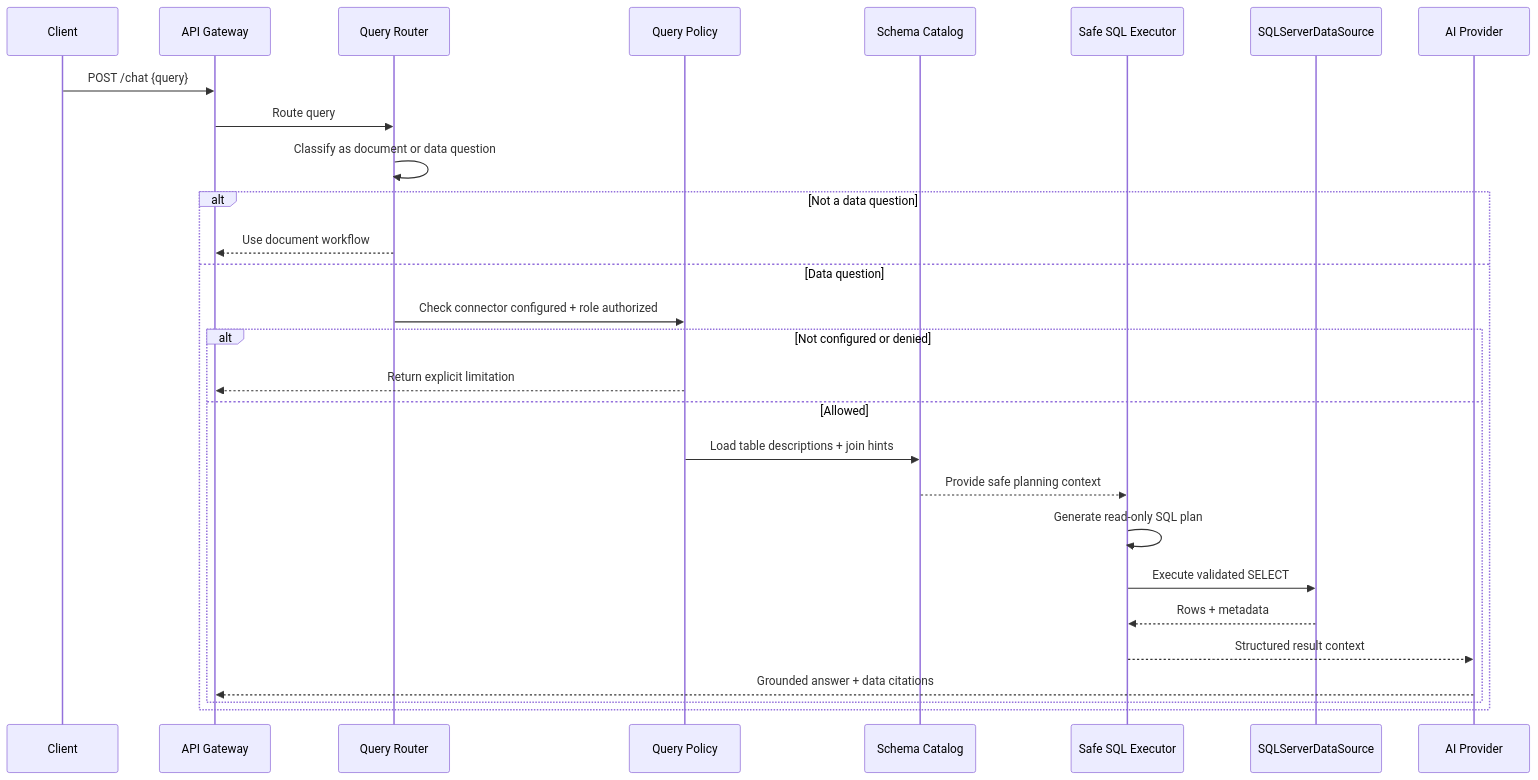
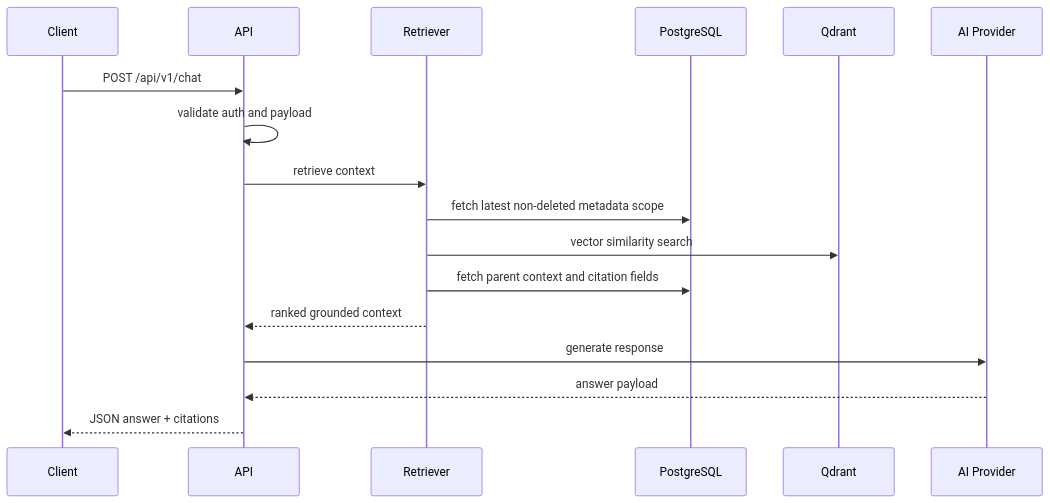
Before and after one commit to qtuanph/chatbot-rag: the second of 3 diagrams in docs/03_CORE_WORKFLOWS.md, drawn with Mermaid. The commit also changed other lines of this file and 43 other files, not shown here.

First line of the commit message:
feat: Implement Qdrant vector store adapter and associated services

````diff
--- a/docs/03_CORE_WORKFLOWS.md
+++ b/docs/03_CORE_WORKFLOWS.md
@@ -125,32 +48,20 @@
 ```mermaid
 sequenceDiagram
-    participant C as Client
-    participant API as API Gateway
-    participant Router as Query Router
-    participant Policy as Query Policy
-    participant Catalog as Schema Catalog
-    participant SQL as Safe SQL Executor
-    participant DS as SQLServerDataSource
-    participant AI as AI Provider
+    participant Client
+    participant API
+    participant Retriever
+    participant DB as PostgreSQL
+    participant Qdrant
+    participant Provider as AI Provider
 
-    C->>API: POST /chat {query}
-    API->>Router: Route query
-    Router->>Router: Classify as document or data question
-
-    alt Not a data question
-        Router-->>API: Use document workflow
-    else Data question
-        Router->>Policy: Check connector configured + role authorized
-        alt Not configured or denied
-            Policy-->>API: Return explicit limitation
-        else Allowed
-            Policy->>Catalog: Load table descriptions + join hints
-            Catalog-->>SQL: Provide safe planning context
-            SQL->>SQL: Generate read-only SQL plan
-            SQL->>DS: Execute validated SELECT
-            DS-->>SQL: Rows + metadata
-            SQL-->>AI: Structured result context
-            AI-->>API: Grounded answer + data citations
-        end
-    end
+    Client->>API: POST /api/v1/chat
+    API->>API: validate auth and payload
+    API->>Retriever: retrieve context
+    Retriever->>DB: fetch latest non-deleted metadata scope
+    Retriever->>Qdrant: vector similarity search
+    Retriever->>DB: fetch parent context and citation fields
+    Retriever-->>API: ranked grounded context
+    API->>Provider: generate response
+    Provider-->>API: answer payload
+    API-->>Client: JSON answer + citations
 ```
````
